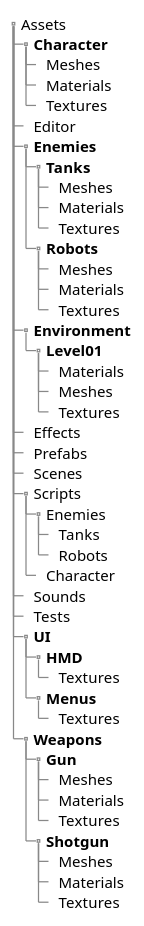
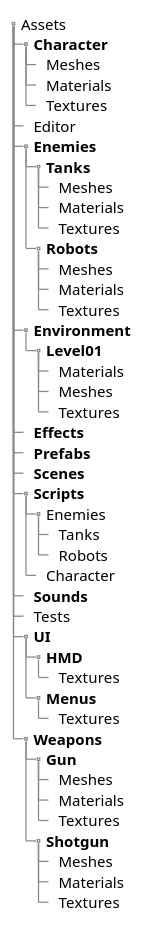
One commit to jesustorresdev/quarto-lecture-notes-format changed the diagram in content/flujo_de_trabajo/diagrams/unity_assets_tree_by_feature.adoc. Above: the diagram before and after it, drawn with PlantUML. The commit also changed 2 other files, not shown here.

Commit message:
Explicar mejor la organización por característica. Fix #12

```diff
--- a/content/flujo_de_trabajo/diagrams/unity_assets_tree_by_feature.adoc
+++ b/content/flujo_de_trabajo/diagrams/unity_assets_tree_by_feature.adoc
@@ -1,52 +1,52 @@
 [plantuml, format="svg"]
 ....
 salt
 {
 {T
  + Assets
  ++ <b>Character
  +++ Meshes
  +++ Materials
  +++ Textures
  ++ Editor
  ++ <b>Enemies
  +++ <b>Tanks
  ++++ Meshes
  ++++ Materials
  ++++ Textures
  +++ <b>Robots
  ++++ Meshes
  ++++ Materials
  ++++ Textures
  ++ <b>Environment
  +++ <b>Level01
  ++++ Materials
  ++++ Meshes
  ++++ Textures
- ++ Effects
- ++ Prefabs
- ++ Scenes
- ++ Scripts
+ ++ <b>Effects
+ ++ <b>Prefabs
+ ++ <b>Scenes
+ ++ <b>Scripts
  +++ Enemies
  ++++ Tanks
  ++++ Robots
  +++ Character
- ++ Sounds
+ ++ <b>Sounds
  ++ Tests
  ++ <b>UI
  +++ <b>HMD
  ++++ Textures
  +++ <b>Menus
  ++++ Textures
  ++ <b>Weapons
  +++ <b>Gun
  ++++ Meshes
  ++++ Materials
  ++++ Textures
  +++ <b>Shotgun
  ++++ Meshes
  ++++ Materials
  ++++ Textures
 }
 }
 ....
```
